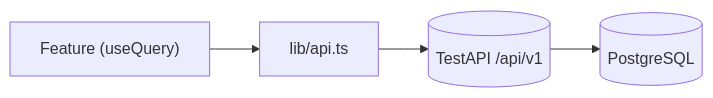
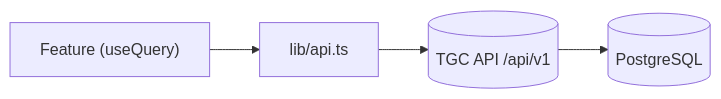
The fourth of 4 diagrams in docs/architecture.md (TGCTZ/TGC-SERVICE-FRONTEND), drawn with Mermaid before and after one commit. The commit also changed other lines of this file and 18 other files, not shown here.

````diff
--- a/docs/architecture.md
+++ b/docs/architecture.md
@@ -366,6 +391,6 @@
 ```mermaid
 flowchart LR
     ui["Feature (useQuery)"] --> api["lib/api.ts"]
-    api --> backend[("TestAPI  /api/v1")]
+    api --> backend[("TGC API  /api/v1")]
     backend --> db[("PostgreSQL")]
 ```
````
